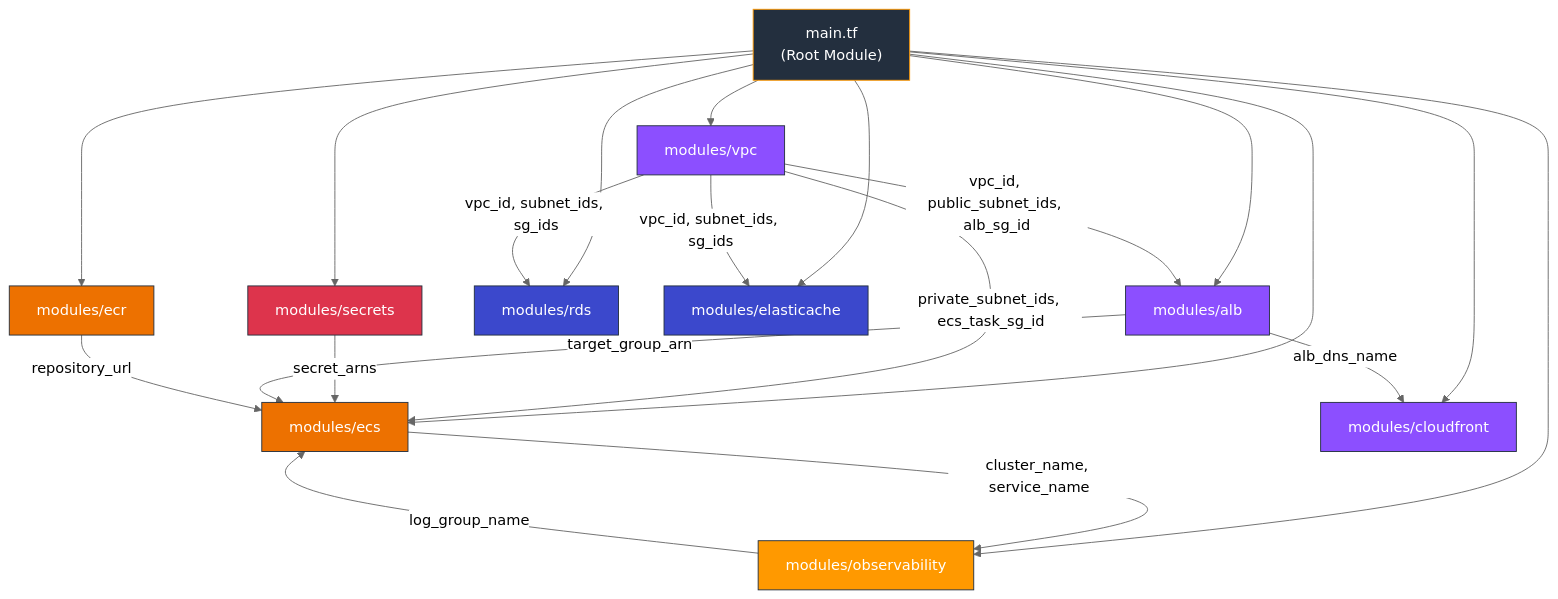
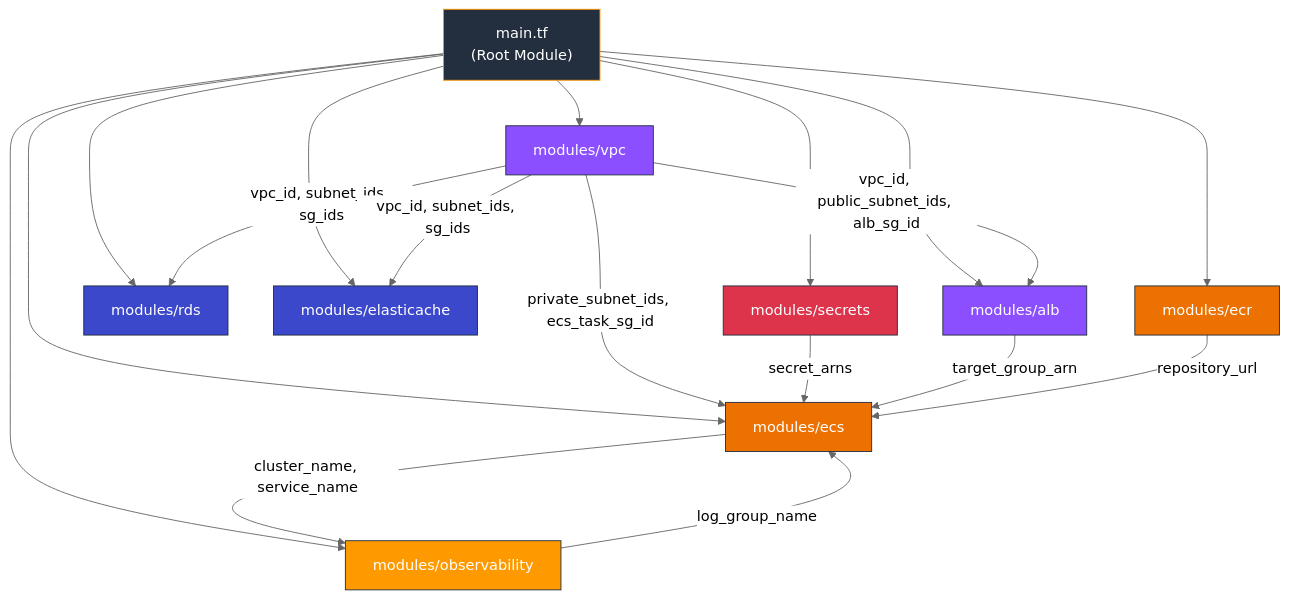
Before and after one commit to Danieltlacuache/Hotel_Reservation_Proyect: the third of 4 diagrams in README.md, drawn with Mermaid (neutral theme). The commit also changed other lines of this file and 46 other files, not shown here.

````diff
--- a/README.md
+++ b/README.md
@@ -113,34 +138,31 @@
 ```mermaid
 graph TD
     ROOT["main.tf<br/>(Root Module)"] --> VPC["modules/vpc"]
     ROOT --> ECR["modules/ecr"]
     ROOT --> SECRETS["modules/secrets"]
     ROOT --> OBS["modules/observability"]
     ROOT --> RDS["modules/rds"]
     ROOT --> ELASTI["modules/elasticache"]
     ROOT --> ALB["modules/alb"]
     ROOT --> ECS["modules/ecs"]
-    ROOT --> CFRONT["modules/cloudfront"]
 
     VPC -->|"vpc_id, subnet_ids, sg_ids"| RDS
     VPC -->|"vpc_id, subnet_ids, sg_ids"| ELASTI
     VPC -->|"vpc_id, public_subnet_ids, alb_sg_id"| ALB
     VPC -->|"private_subnet_ids, ecs_task_sg_id"| ECS
     SECRETS -->|"secret_arns"| ECS
     ALB -->|"target_group_arn"| ECS
-    ALB -->|"alb_dns_name"| CFRONT
     ECR -->|"repository_url"| ECS
     OBS -->|"log_group_name"| ECS
     ECS -->|"cluster_name, service_name"| OBS
 
     style ROOT fill:#232F3E,stroke:#FF9900,color:white
     style VPC fill:#8C4FFF,stroke:#232F3E,color:white
     style ECS fill:#ED7100,stroke:#232F3E,color:white
     style RDS fill:#3B48CC,stroke:#232F3E,color:white
     style ELASTI fill:#3B48CC,stroke:#232F3E,color:white
     style ALB fill:#8C4FFF,stroke:#232F3E,color:white
     style ECR fill:#ED7100,stroke:#232F3E,color:white
-    style CFRONT fill:#8C4FFF,stroke:#232F3E,color:white
     style SECRETS fill:#DD344C,stroke:#232F3E,color:white
     style OBS fill:#FF9900,stroke:#232F3E,color:white
 ```
````
